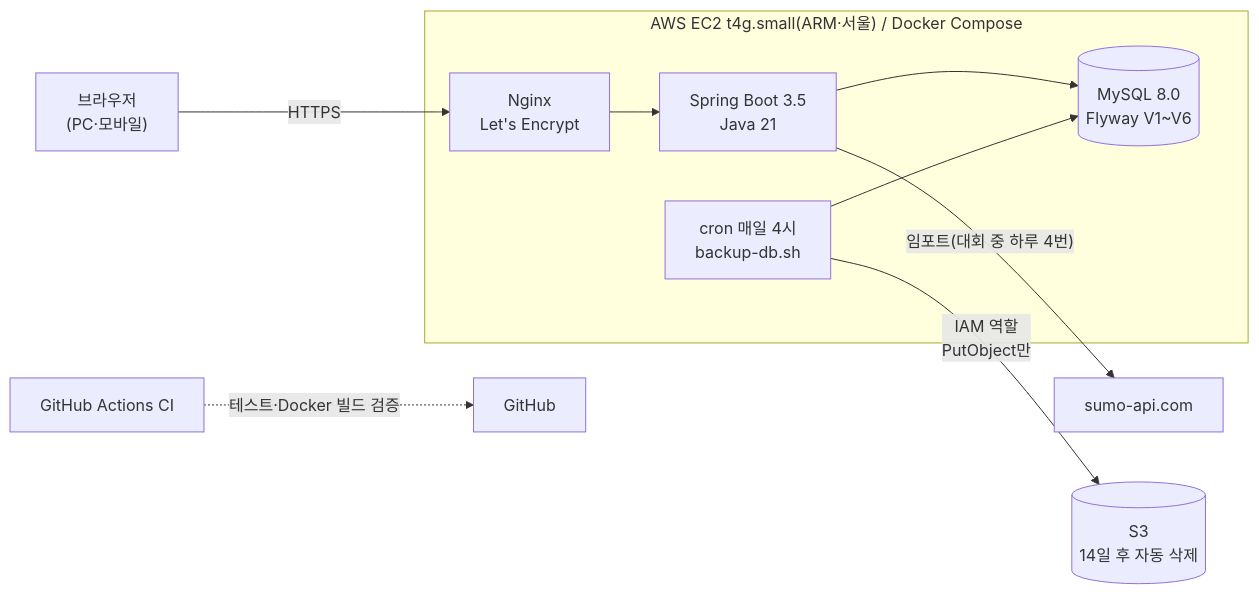
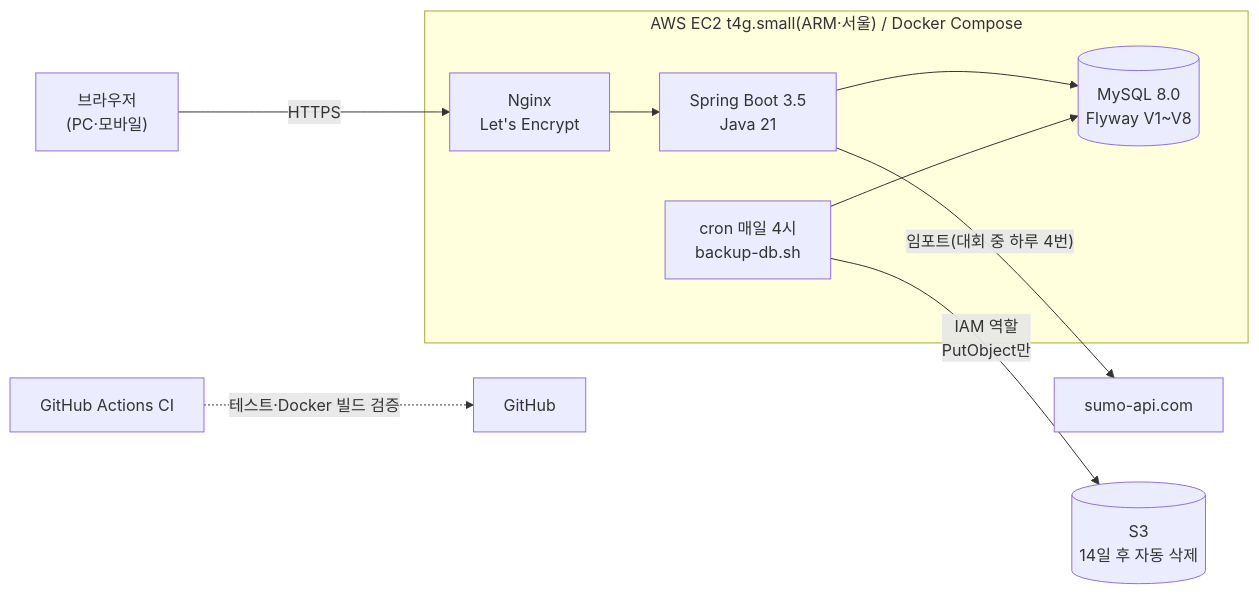
The diagram in README.md (genuinekumquat/sumoarchive), drawn with Mermaid before and after one commit. The commit also changed 1 other file, not shown here.

Commit message:
docs: README 아키텍처 그림의 Flyway 버전 V1~V6 → V1~V8

````diff
--- a/README.md
+++ b/README.md
@@ -74,12 +74,12 @@
 ```mermaid
 flowchart LR
     U["브라우저<br/>(PC·모바일)"] -- "HTTPS" --> N
     subgraph EC2["AWS EC2 t4g.small(ARM·서울) / Docker Compose"]
         N["Nginx<br/>Let's Encrypt"] --> A["Spring Boot 3.5<br/>Java 21"]
-        A --> D[("MySQL 8.0<br/>Flyway V1~V6")]
+        A --> D[("MySQL 8.0<br/>Flyway V1~V8")]
         B["cron 매일 4시<br/>backup-db.sh"] --> D
     end
     A -- "임포트(대회 중 하루 4번)" --> S["sumo-api.com"]
     B -- "IAM 역할<br/>PutObject만" --> S3[("S3<br/>14일 후 자동 삭제")]
     G["GitHub Actions CI"] -. "테스트·Docker 빌드 검증" .-> R["GitHub"]
 ```
````
